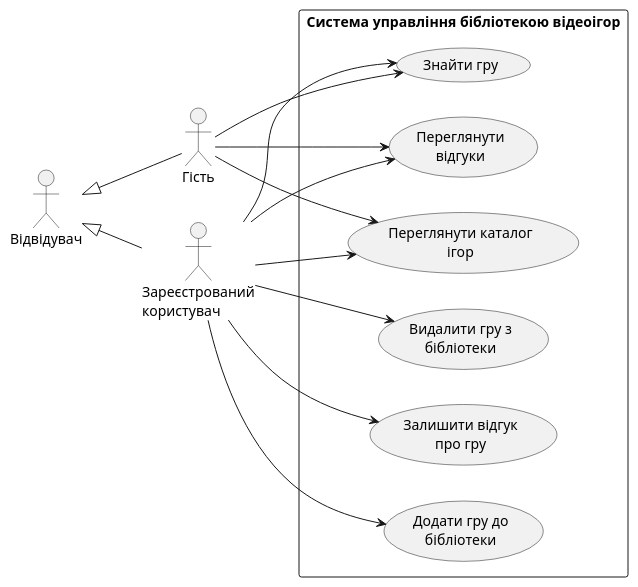
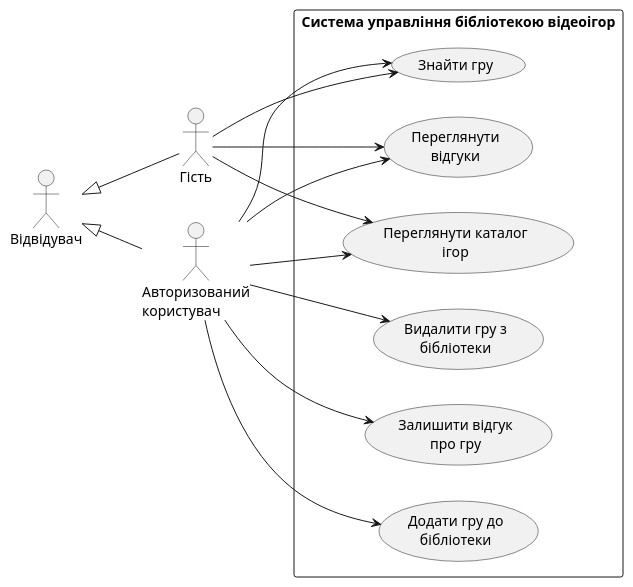
The diagram in uc-diagram.puml (kswidl/lab_2), drawn with PlantUML before and after one commit. The commit also changed other lines of this file, not shown here.

Commit message:
docs: update use case diagram actors

```diff
--- a/uc-diagram.puml
+++ b/uc-diagram.puml
@@ -2,31 +1,31 @@
 @startuml
 left to right direction
 
 actor "Відвідувач" as Visitor
 actor "Гість" as Guest
-actor "Зареєстрований\nкористувач" as User
+actor "Авторизований\nкористувач" as User
 
 Visitor <|-- Guest
 Visitor <|-- User
 
 rectangle "Система управління бібліотекою відеоігор" {
     usecase "Переглянути каталог\nігор" as UC01
     usecase "Знайти гру" as UC02
     usecase "Додати гру до\nбібліотеки" as UC03
     usecase "Видалити гру з\nбібліотеки" as UC04
     usecase "Залишити відгук\nпро гру" as UC05
     usecase "Переглянути\nвідгуки" as UC06
 }
 
 Guest --> UC01
 Guest --> UC02
 Guest --> UC06
 
 User --> UC01
 User --> UC02
 User --> UC03
 User --> UC04
 User --> UC05
 User --> UC06
 
 @enduml
```
